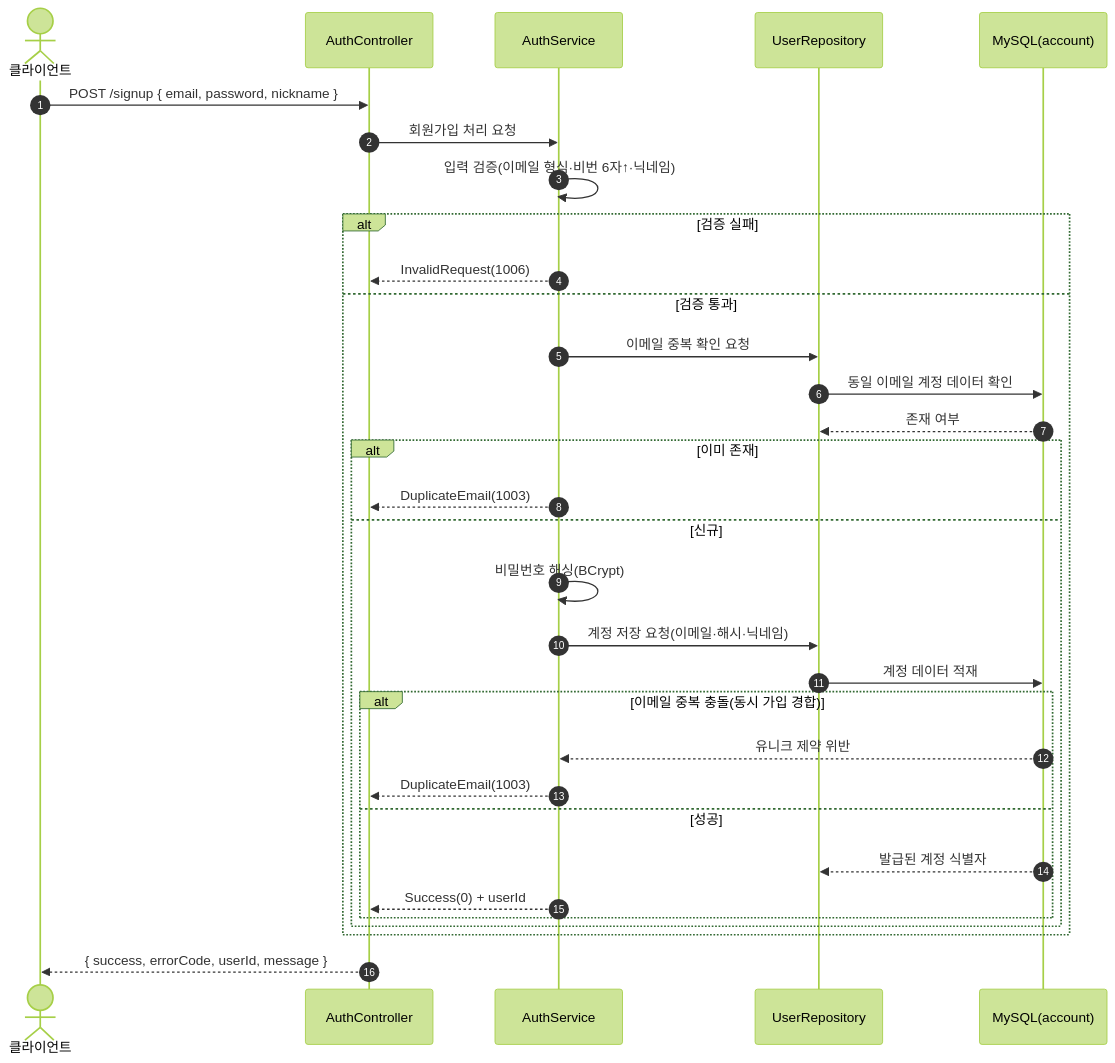
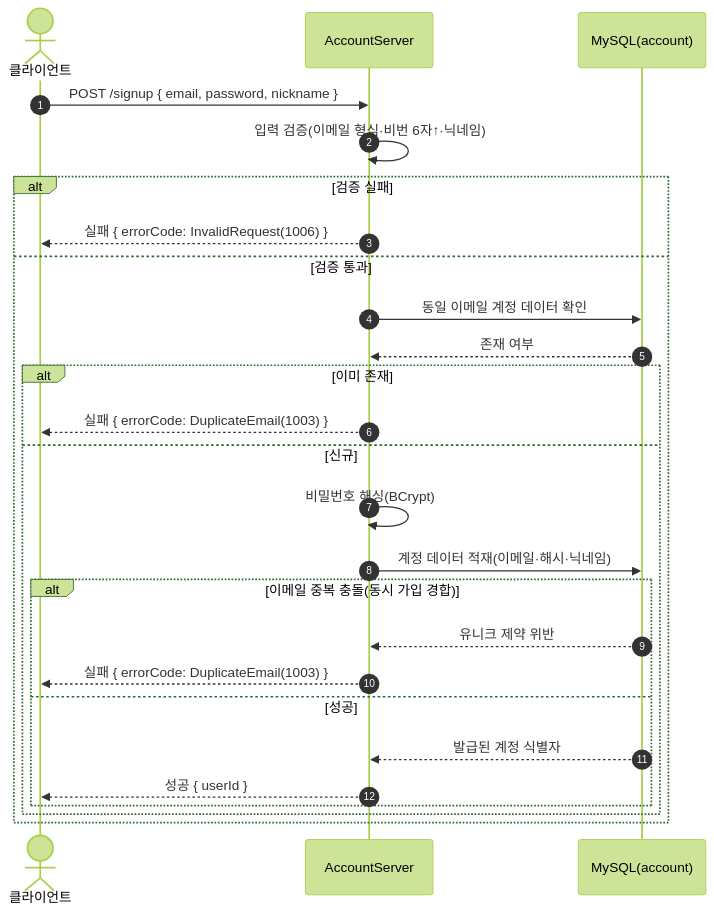
The first of 3 diagrams in SequenceDiagram/AuthController.md (ks-wook/com2us-taskbar-hero), drawn with Mermaid (forest theme) before and after one commit. The commit also changed other lines of this file and 8 other files, not shown here.

Commit message:
시퀀스 다이어그램 수정

````diff
--- a/SequenceDiagram/AuthController.md
+++ b/SequenceDiagram/AuthController.md
@@ -7,35 +7,29 @@
 ```mermaid
 sequenceDiagram
     autonumber
     actor C as 클라이언트
-    participant Ctrl as AuthController
-    participant Svc as AuthService
-    participant Repo as UserRepository
+    participant S as AccountServer
     participant DB as MySQL(account)
 
-    C->>Ctrl: POST /signup { email, password, nickname }
-    Ctrl->>Svc: 회원가입 처리 요청
-    Svc->>Svc: 입력 검증(이메일 형식·비번 6자↑·닉네임)
+    C->>S: POST /signup { email, password, nickname }
+    S->>S: 입력 검증(이메일 형식·비번 6자↑·닉네임)
     alt 검증 실패
-        Svc-->>Ctrl: InvalidRequest(1006)
+        S-->>C: 실패 { errorCode: InvalidRequest(1006) }
     else 검증 통과
-        Svc->>Repo: 이메일 중복 확인 요청
-        Repo->>DB: 동일 이메일 계정 데이터 확인
-        DB-->>Repo: 존재 여부
+        S->>DB: 동일 이메일 계정 데이터 확인
+        DB-->>S: 존재 여부
         alt 이미 존재
-            Svc-->>Ctrl: DuplicateEmail(1003)
+            S-->>C: 실패 { errorCode: DuplicateEmail(1003) }
         else 신규
-            Svc->>Svc: 비밀번호 해싱(BCrypt)
-            Svc->>Repo: 계정 저장 요청(이메일·해시·닉네임)
-            Repo->>DB: 계정 데이터 적재
+            S->>S: 비밀번호 해싱(BCrypt)
+            S->>DB: 계정 데이터 적재(이메일·해시·닉네임)
             alt 이메일 중복 충돌(동시 가입 경합)
-                DB-->>Svc: 유니크 제약 위반
-                Svc-->>Ctrl: DuplicateEmail(1003)
+                DB-->>S: 유니크 제약 위반
+                S-->>C: 실패 { errorCode: DuplicateEmail(1003) }
             else 성공
-                DB-->>Repo: 발급된 계정 식별자
-                Svc-->>Ctrl: Success(0) + userId
+                DB-->>S: 발급된 계정 식별자
+                S-->>C: 성공 { userId }
             end
         end
     end
-    Ctrl-->>C: { success, errorCode, userId, message }
 ```
````
